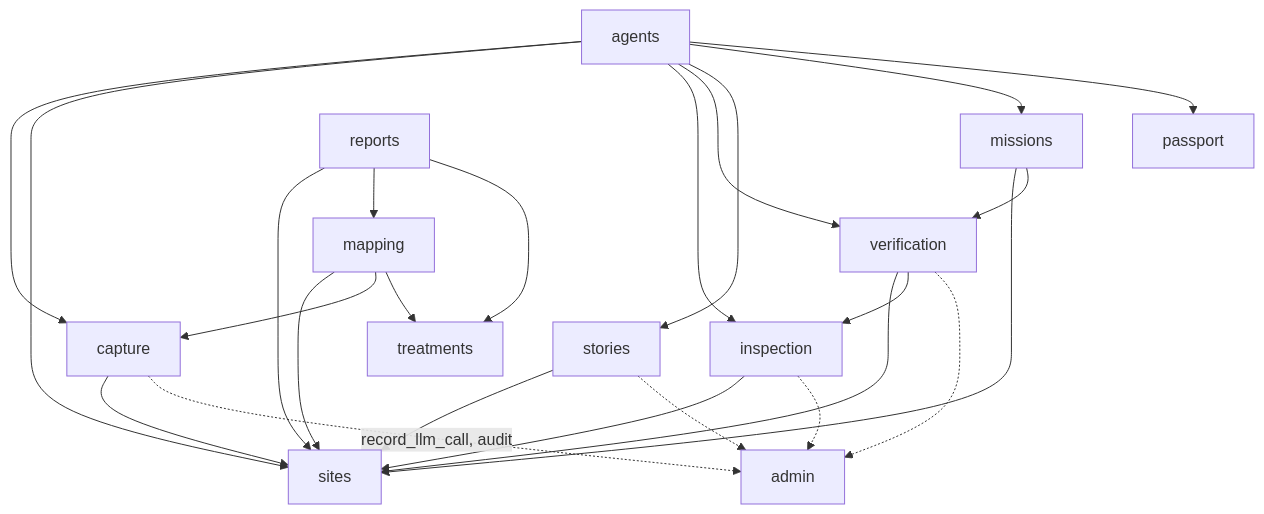
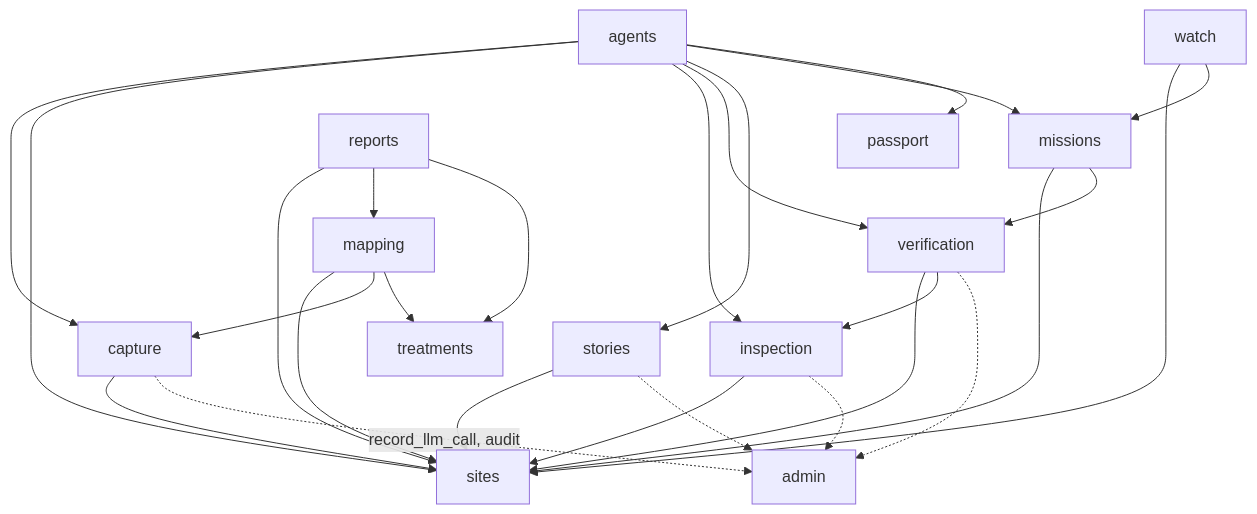
The first of 8 diagrams in docs/03-architecture.md (Muath477/Athar), drawn with Mermaid before and after one commit. The commit also changed other lines of this file and 4 other files, not shown here.

Commit message:
Document space watch decisions, threats and flows

````diff
--- a/docs/03-architecture.md
+++ b/docs/03-architecture.md
@@ -42,27 +43,29 @@
 ```mermaid
 flowchart TD
   agents --> capture
   agents --> sites
   agents --> inspection
   agents --> verification
   agents --> stories
   agents --> missions
   agents --> passport
   capture --> sites
   inspection --> sites
   verification --> sites
   verification --> inspection
   stories --> sites
   missions --> sites
   missions --> verification
   reports --> sites
   reports --> mapping
   reports --> treatments
+  watch --> sites
+  watch --> missions
   mapping --> sites
   mapping --> capture
   mapping --> treatments
   capture -.->|record_llm_call, audit| admin
   inspection -.-> admin
   verification -.-> admin
   stories -.-> admin
 ```
````
